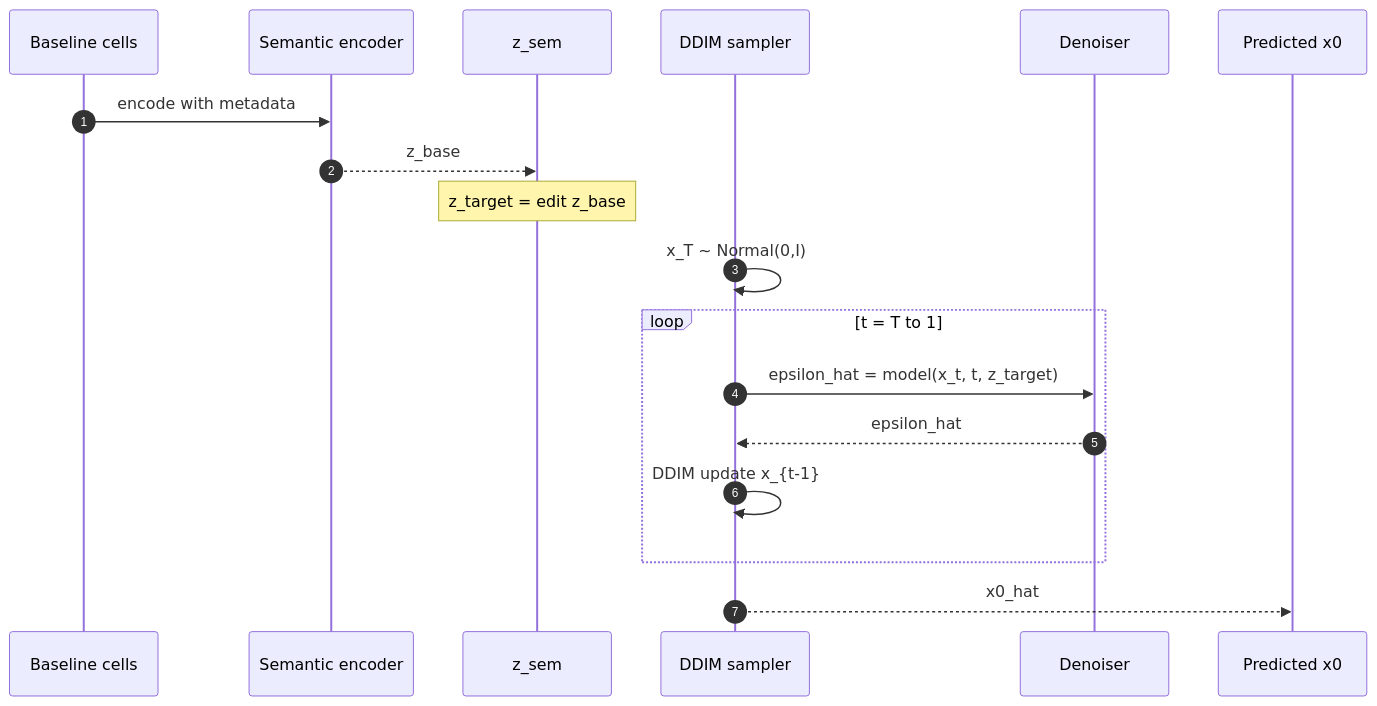
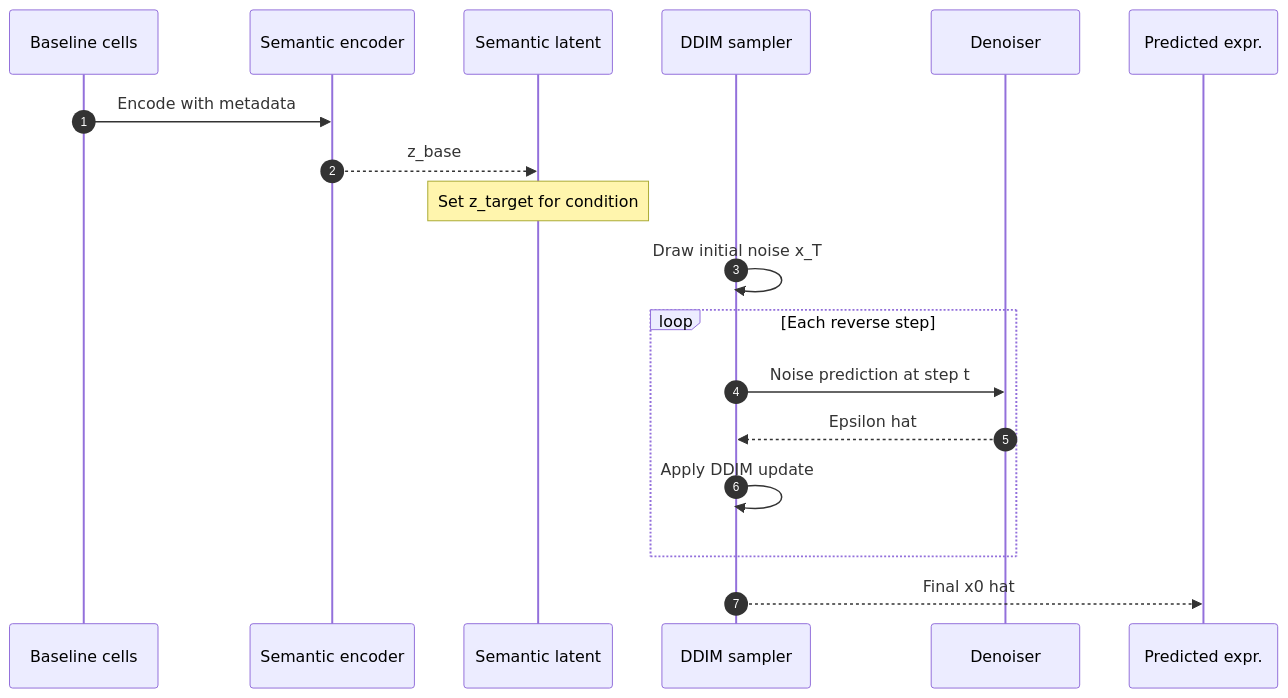
One commit to adrian-mingxuancao/adrian-blog changed the third of 3 diagrams in blog-posts/squidiff-single-cell-diffusion-perturbation.qmd. Above: the diagram before and after it, drawn with Mermaid. The commit also changed other lines of this file and 5 other files, not shown here.

````diff
--- a/blog-posts/squidiff-single-cell-diffusion-perturbation.qmd
+++ b/blog-posts/squidiff-single-cell-diffusion-perturbation.qmd
@@ -244,21 +249,22 @@
 ```{mermaid}
+%%| fig-width: 8
 sequenceDiagram
   autonumber
   participant X0 as Baseline cells
   participant Enc as Semantic encoder
-  participant Z as z_sem
+  participant Z as Semantic latent
   participant Sam as DDIM sampler
   participant Den as Denoiser
-  participant Out as Predicted x0
+  participant Out as Predicted expr.
 
-  X0->>Enc: encode with metadata
+  X0->>Enc: Encode with metadata
   Enc-->>Z: z_base
-  Note over Z: z_target = edit z_base
-  Sam->>Sam: x_T ~ Normal(0,I)
-  loop t = T to 1
-    Sam->>Den: epsilon_hat = model(x_t, t, z_target)
-    Den-->>Sam: epsilon_hat
-    Sam->>Sam: DDIM update x_{t-1}
+  Note over Z: Set z_target for condition
+  Sam->>Sam: Draw initial noise x_T
+  loop Each reverse step
+    Sam->>Den: Noise prediction at step t
+    Den-->>Sam: Epsilon hat
+    Sam->>Sam: Apply DDIM update
   end
-  Sam-->>Out: x0_hat
+  Sam-->>Out: Final x0 hat
 ```
````
